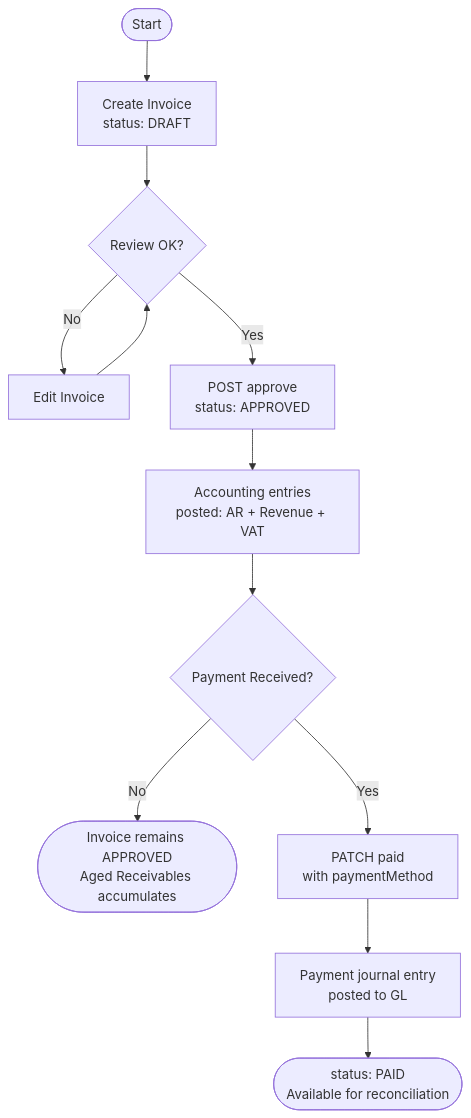
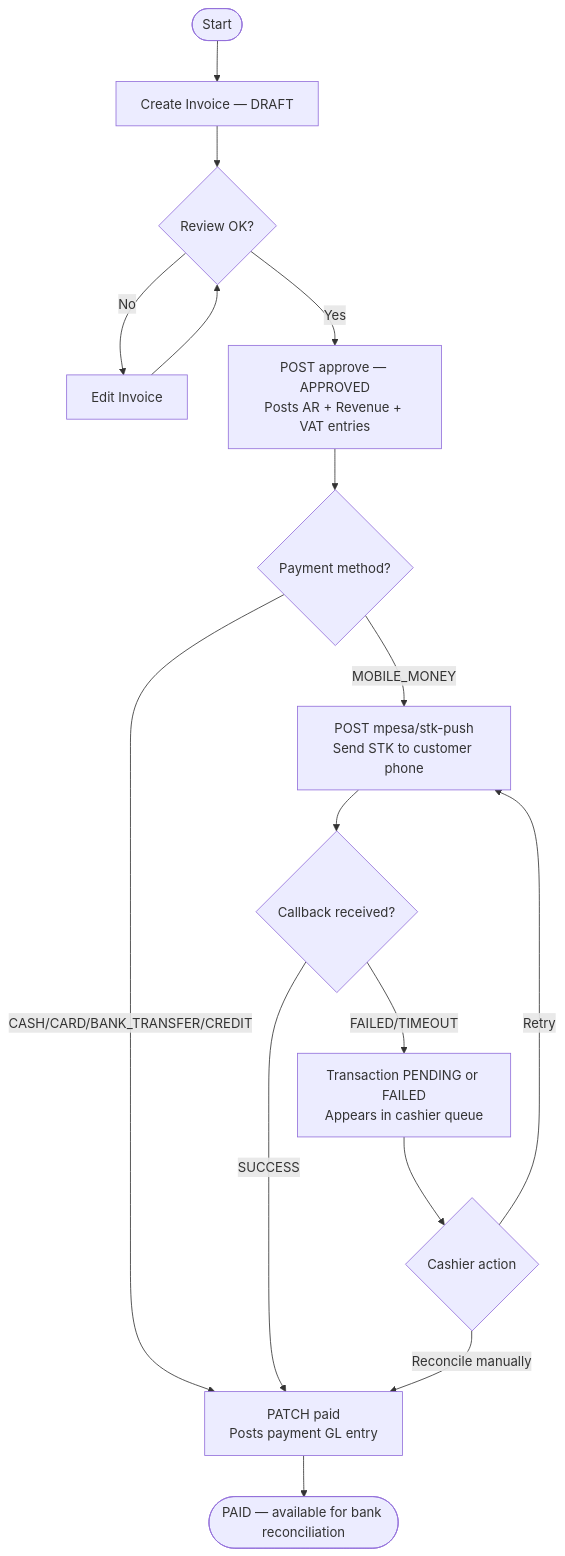
Before and after one commit to eliudm/ERP-SYSTEM: the second of 7 diagrams in README.md, drawn with Mermaid. The commit also changed other lines of this file and 31 other files, not shown here.

````diff
--- a/README.md
+++ b/README.md
@@ -146,14 +692,18 @@
 ```mermaid
 flowchart TD
-    A([Start]) --> B[Create Invoice\nstatus: DRAFT]
+    A([Start]) --> B[Create Invoice — DRAFT]
     B --> C{Review OK?}
     C -- No --> D[Edit Invoice]
     D --> C
-    C -- Yes --> E[POST approve\nstatus: APPROVED]
-    E --> F[Accounting entries\nposted: AR + Revenue + VAT]
-    F --> G{Payment Received?}
-    G -- No --> H([Invoice remains APPROVED\nAged Receivables accumulates])
-    G -- Yes --> I[PATCH paid\nwith paymentMethod]
-    I --> J[Payment journal entry\nposted to GL]
-    J --> K([status: PAID\nAvailable for reconciliation])
+    C -- Yes --> E[POST approve — APPROVED\nPosts AR + Revenue + VAT entries]
+    E --> F{Payment method?}
+    F -- CASH/CARD/BANK_TRANSFER/CREDIT --> G[PATCH paid\nPosts payment GL entry]
+    F -- MOBILE_MONEY --> H[POST mpesa/stk-push\nSend STK to customer phone]
+    H --> I{Callback received?}
+    I -- SUCCESS --> G
+    I -- FAILED/TIMEOUT --> J[Transaction PENDING or FAILED\nAppears in cashier queue]
+    J --> K{Cashier action}
+    K -- Retry --> H
+    K -- Reconcile manually --> G
+    G --> L([PAID — available for bank reconciliation])
 ```
````
